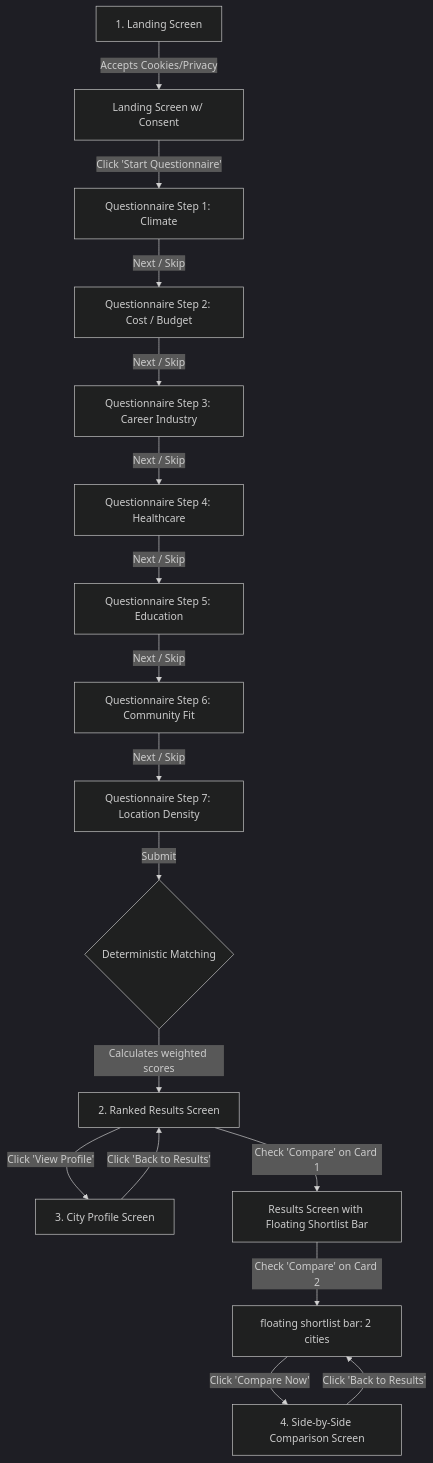
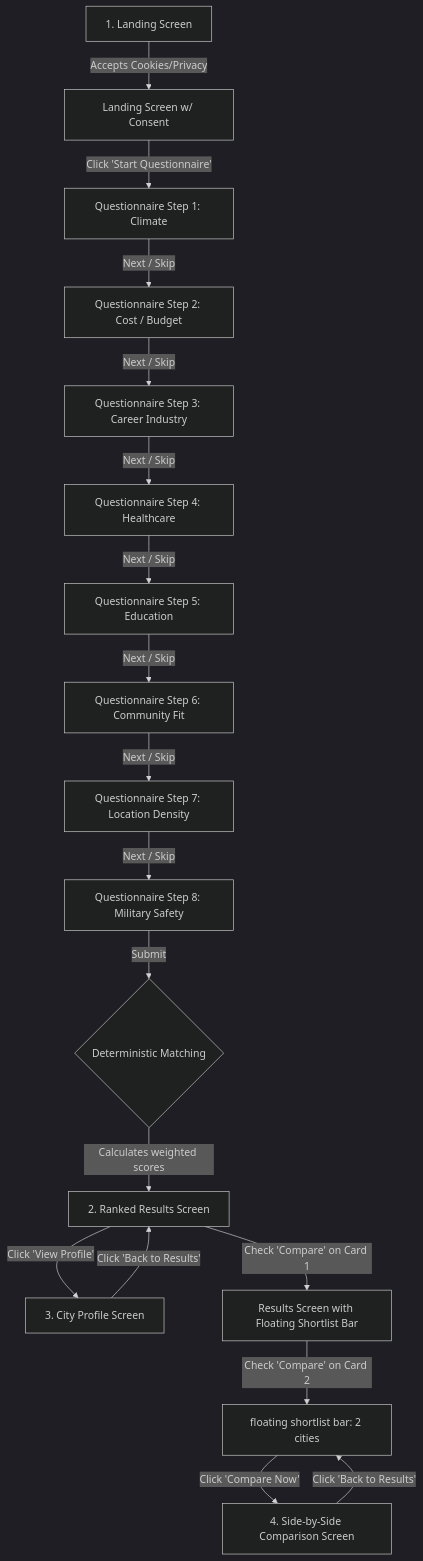
Before and after one commit to availlogic/relocate_wise: the diagram in docs/User-Flows.md, drawn with Mermaid (dark theme). The commit also changed other lines of this file and 16 other files, not shown here.

````diff
--- a/docs/User-Flows.md
+++ b/docs/User-Flows.md
@@ -23,22 +23,23 @@
 ```mermaid
 graph TD
     Landing[1. Landing Screen] --> |Accepts Cookies/Privacy| LandingConsent[Landing Screen w/ Consent]
     LandingConsent --> |Click 'Start Questionnaire'| Q1[Questionnaire Step 1: Climate]
     Q1 --> |Next / Skip| Q2[Questionnaire Step 2: Cost / Budget]
     Q2 --> |Next / Skip| Q3[Questionnaire Step 3: Career Industry]
     Q3 --> |Next / Skip| Q4[Questionnaire Step 4: Healthcare]
     Q4 --> |Next / Skip| Q5[Questionnaire Step 5: Education]
     Q5 --> |Next / Skip| Q6[Questionnaire Step 6: Community Fit]
     Q6 --> |Next / Skip| Q7[Questionnaire Step 7: Location Density]
-    Q7 --> |Submit| MatchEngine{Deterministic Matching}
+    Q7 --> |Next / Skip| Q8[Questionnaire Step 8: Military Safety]
+    Q8 --> |Submit| MatchEngine{Deterministic Matching}
     MatchEngine --> |Calculates weighted scores| Results[2. Ranked Results Screen]
     
     Results --> |Click 'View Profile'| Profile[3. City Profile Screen]
     Profile --> |Click 'Back to Results'| Results
     
     Results --> |Check 'Compare' on Card 1| ResultsShortlist[Results Screen with Floating Shortlist Bar]
     ResultsShortlist --> |Check 'Compare' on Card 2| ResultsShortlist2[floating shortlist bar: 2 cities]
     ResultsShortlist2 --> |Click 'Compare Now'| Comparison[4. Side-by-Side Comparison Screen]
     
     Comparison --> |Click 'Back to Results'| ResultsShortlist2
 ```
````
